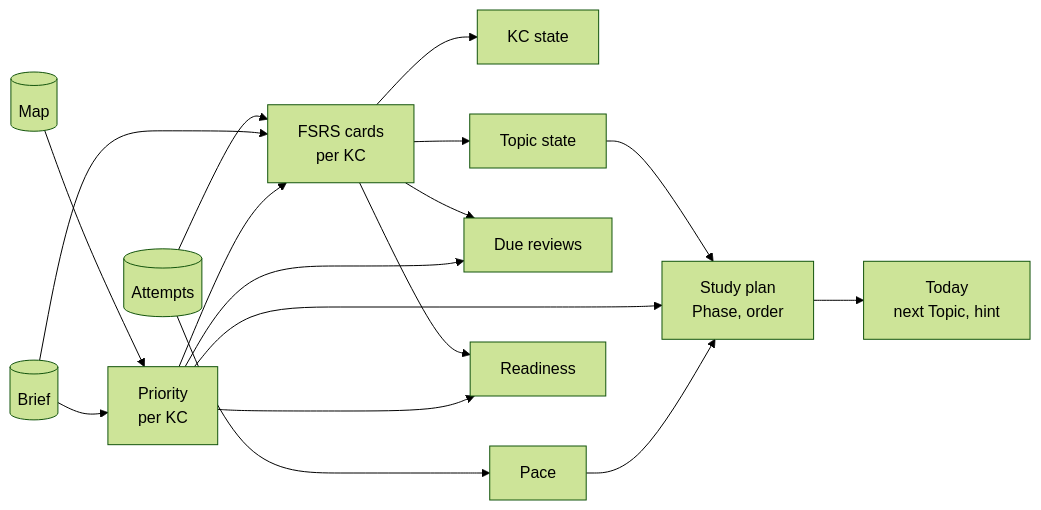
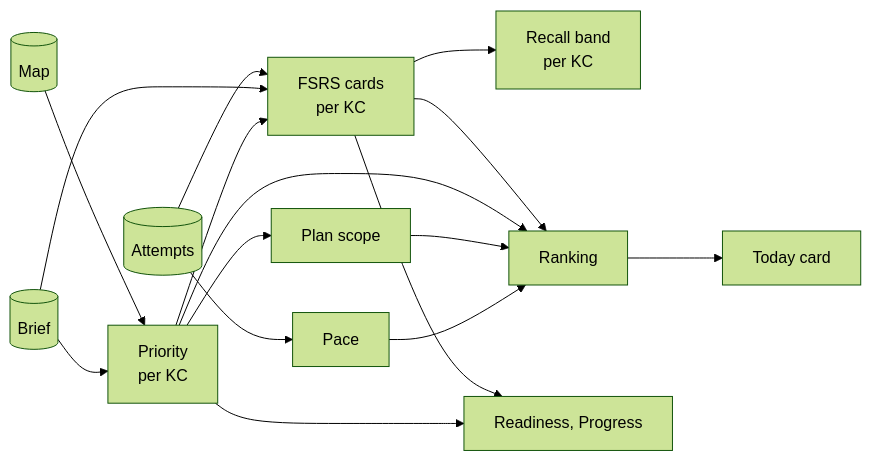
One commit to 69420pm/project-mastery changed the second of 3 diagrams in docs/features/tutoring.md. Above: the diagram before and after it, drawn with Mermaid (forest theme). The commit also changed other lines of this file and 6 other files, not shown here.

Commit message:
docs: record the ranking, recall bands and study state

````diff
--- a/docs/features/tutoring.md
+++ b/docs/features/tutoring.md
@@ -64,19 +64,18 @@
 ```mermaid
 flowchart LR
   map[("Map")] --> priority["Priority<br/>per KC"]
   brief[("Brief")] --> priority
   log[("Attempts")] --> cards["FSRS cards<br/>per KC"]
   brief --> cards
   priority --> cards
-  cards --> kc["KC state"]
-  cards --> topic["Topic state"]
-  cards --> due["Due reviews"]
-  priority --> due
-  topic --> plan["Study plan<br/>Phase, order"]
-  priority --> plan
+  cards --> band["Recall band<br/>per KC"]
+  priority --> scope["Plan scope"]
   log --> pace["Pace"]
-  pace --> plan
-  plan --> today["Today<br/>next Topic, hint"]
-  cards --> ready["Readiness"]
+  cards --> rank["Ranking"]
+  priority --> rank
+  scope --> rank
+  pace --> rank
+  rank --> today["Today card"]
+  cards --> ready["Readiness, Progress"]
   priority --> ready
 ```
````
